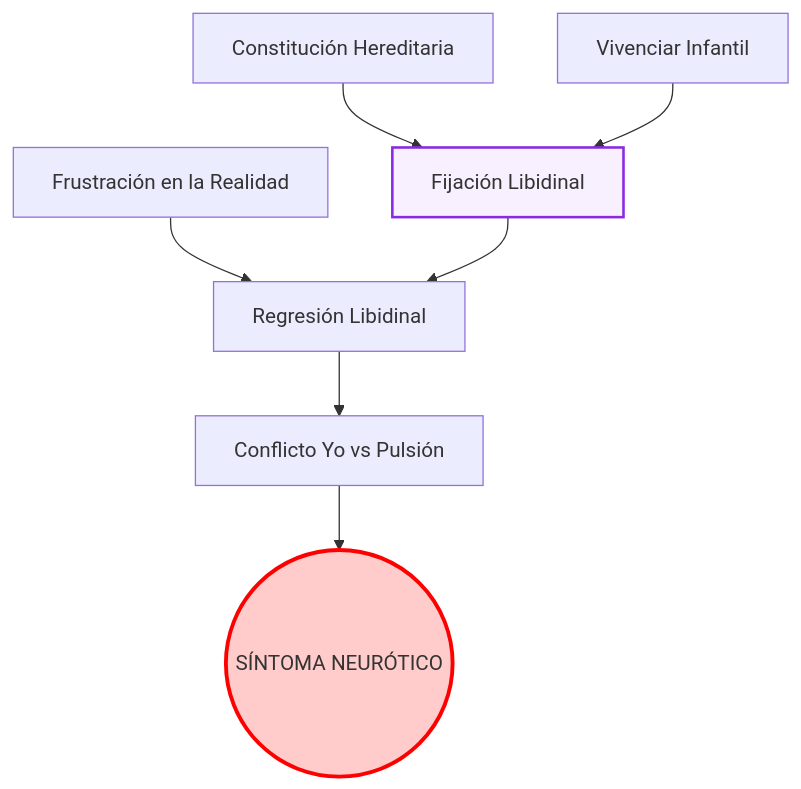
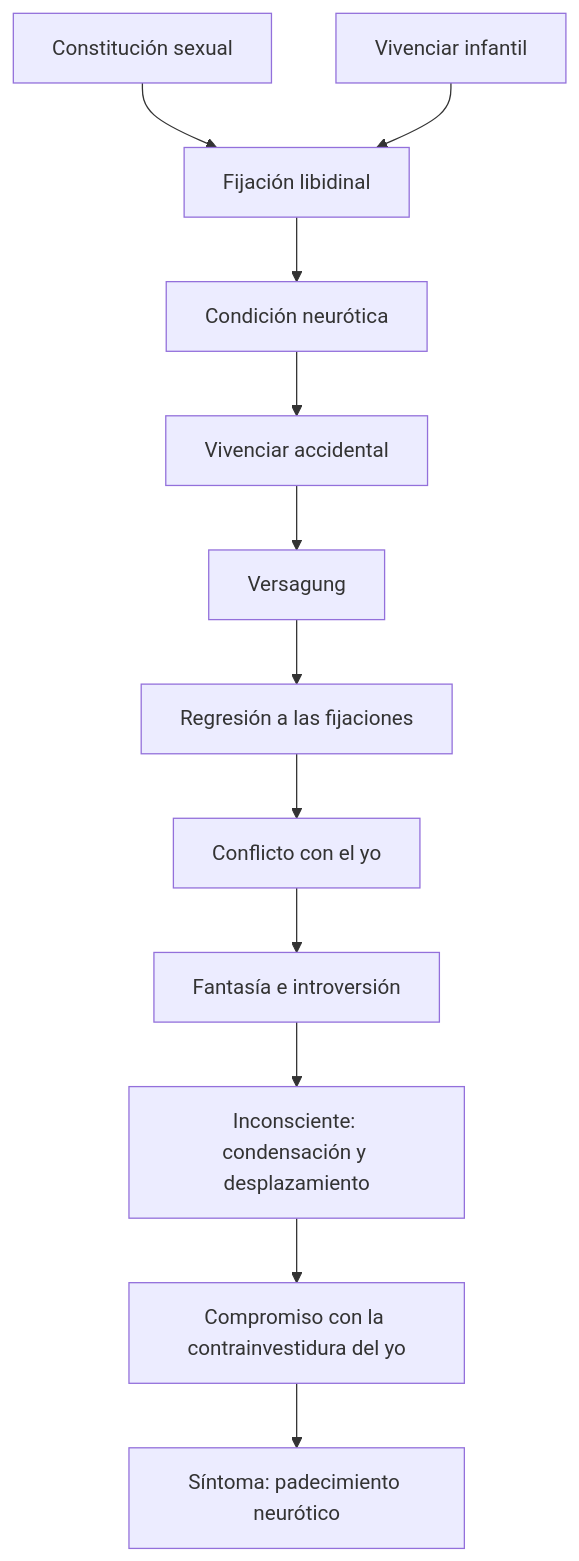
The diagram in 2do Año/Psicoanálisis/3_Guias_de_Estudio/C13_EstructuraYTiemposDeLaNeurosis_Guia.md (Franco4447/psicologia-favaloro), drawn with Mermaid before and after one commit. The commit also changed other lines of this file and 45 other files, not shown here.

````diff
--- a/2do Año/Psicoanálisis/3_Guias_de_Estudio/C13_EstructuraYTiemposDeLaNeurosis_Guia.md
+++ b/2do Año/Psicoanálisis/3_Guias_de_Estudio/C13_EstructuraYTiemposDeLaNeurosis_Guia.md
@@ -73,13 +271,14 @@
 ```mermaid
 graph TD
-    A[Constitución Hereditaria] --> C
-    B[Vivenciar Infantil] --> C
-    C[Fijación Libidinal]:::condicion
-    D[Frustración en la Realidad] --> E
-    C --> E[Regresión Libidinal]
-    E --> F[Conflicto Yo vs Pulsión]
-    F --> G((SÍNTOMA NEURÓTICO)):::sintoma
-    
-    classDef condicion fill:#f9f0ff,stroke:#8a2be2,stroke-width:2px;
-    classDef sintoma fill:#ffcccb,stroke:#ff0000,stroke-width:3px;
+    A[Constitución sexual] --> C[Fijación libidinal]
+    B[Vivenciar infantil] --> C
+    C --> D[Condición neurótica]
+    D --> E[Vivenciar accidental]
+    E --> F[Versagung]
+    F --> G[Regresión a las fijaciones]
+    G --> H[Conflicto con el yo]
+    H --> I[Fantasía e introversión]
+    I --> J[Inconsciente: condensación y desplazamiento]
+    J --> K[Compromiso con la contrainvestidura del yo]
+    K --> L[Síntoma: padecimiento neurótico]
 ```
````
